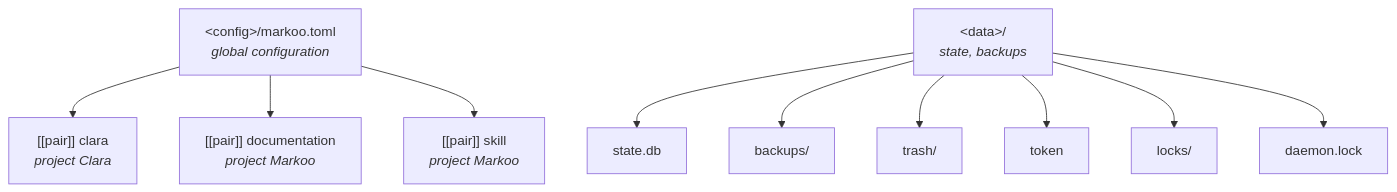
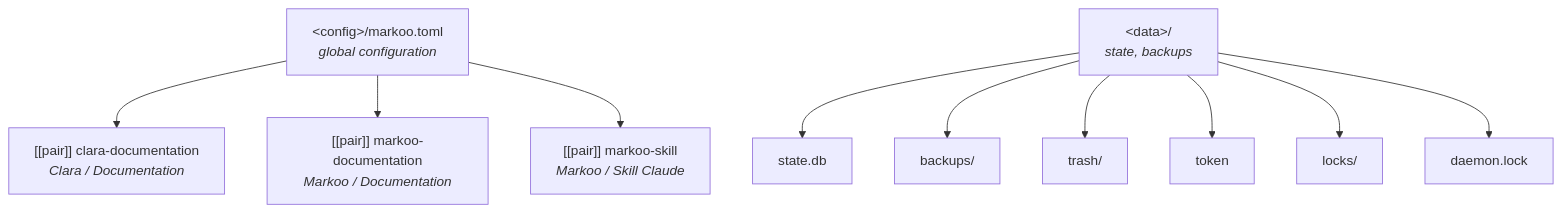
One commit to studoo-app/markoo changed the first of 3 diagrams in documentation/en/06-configuration.md. Above: the diagram before and after it, drawn with Mermaid. The commit also changed other lines of this file and 48 other files, not shown here.

````diff
--- a/documentation/en/06-configuration.md
+++ b/documentation/en/06-configuration.md
@@ -12,14 +12,14 @@
 ```mermaid
 flowchart TD
     G["&lt;config&gt;/markoo.toml<br/><i>global configuration</i>"]
     S["&lt;data&gt;/<br/><i>state, backups</i>"]
-    G --> P1["[[pair]] clara<br/><i>project Clara</i>"]
-    G --> P2["[[pair]] documentation<br/><i>project Markoo</i>"]
-    G --> P3["[[pair]] skill<br/><i>project Markoo</i>"]
+    G --> P1["[[pair]] clara-documentation<br/><i>Clara / Documentation</i>"]
+    G --> P2["[[pair]] markoo-documentation<br/><i>Markoo / Documentation</i>"]
+    G --> P3["[[pair]] markoo-skill<br/><i>Markoo / Skill Claude</i>"]
     S --> DB["state.db"]
     S --> B["backups/"]
     S --> T["trash/"]
     S --> TK["token"]
     S --> L["locks/"]
     S --> DL["daemon.lock"]
 ```
````
